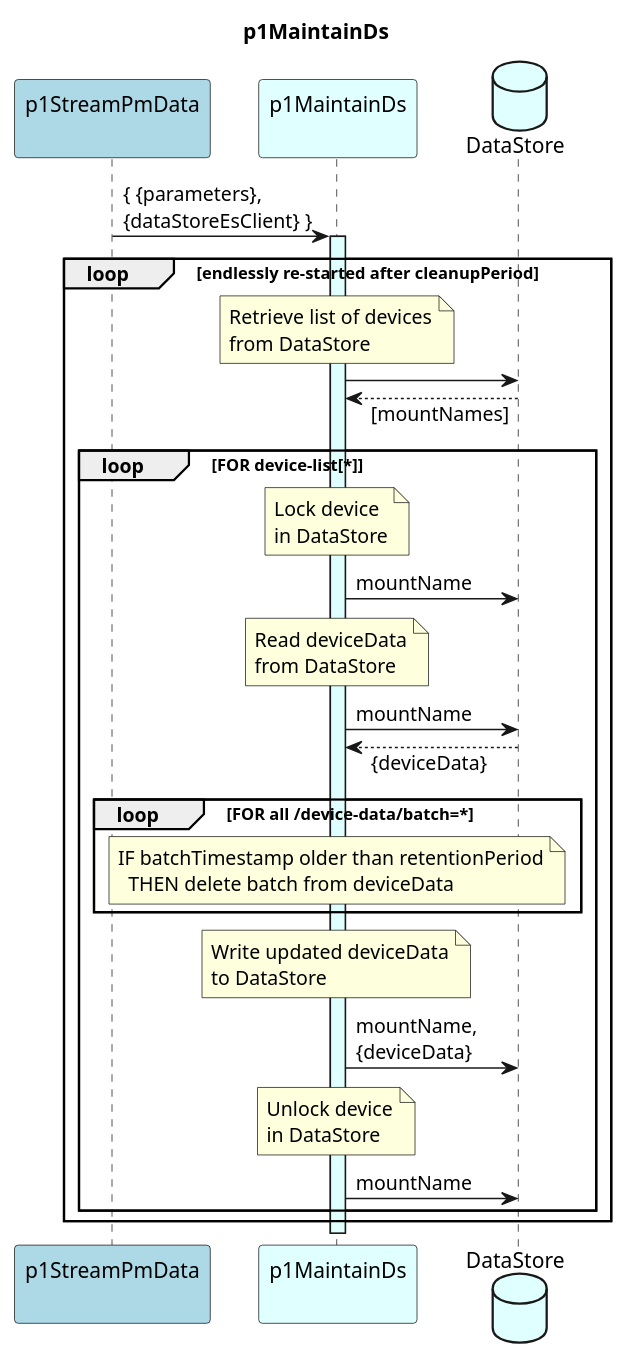
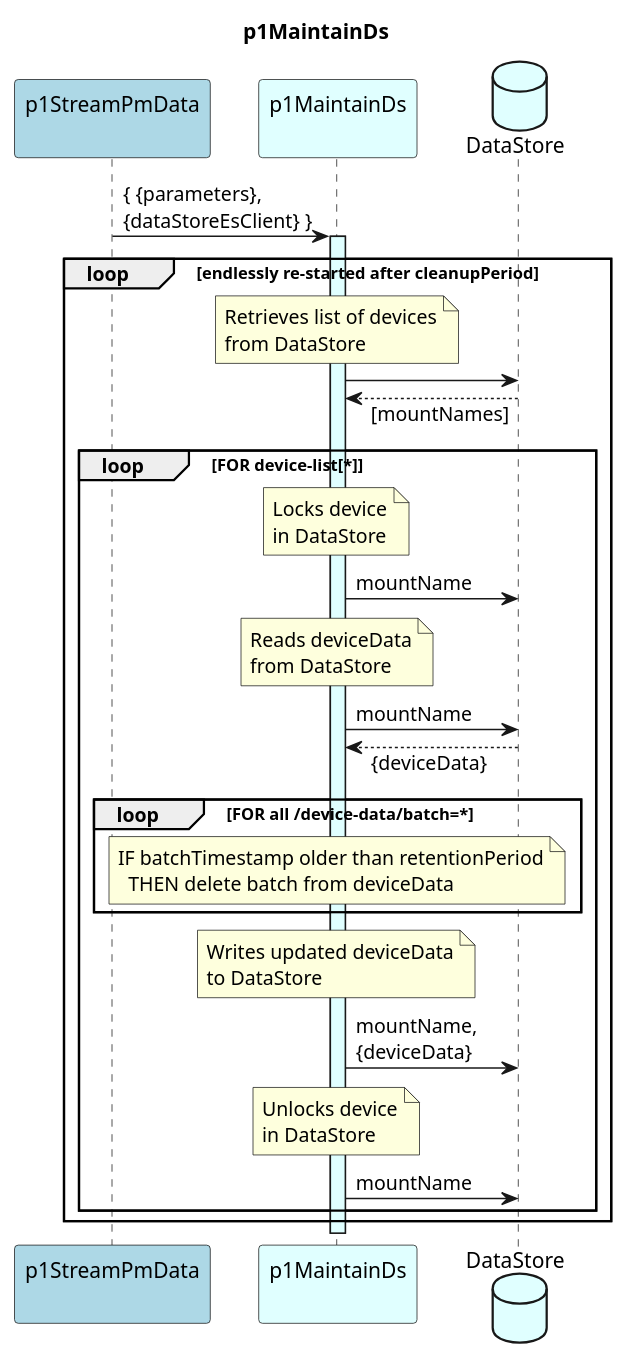
The diagram in spec/Functions/p1StreamPmData/p1MaintainDs/1.0.0/p1MaintainDs.plantuml (openBackhaul/DevicePerformanceManagementDataProcessor), drawn with PlantUML before and after one commit. The commit also changed 49 other files, not shown here.

Commit message:
Harmonize editorial of plantumls

```diff
--- a/spec/Functions/p1StreamPmData/p1MaintainDs/1.0.0/p1MaintainDs.plantuml
+++ b/spec/Functions/p1StreamPmData/p1MaintainDs/1.0.0/p1MaintainDs.plantuml
@@ -1,63 +1,62 @@
 @startuml p1MaintainDs
 skinparam responseMessageBelowArrow true
 
 title
   p1MaintainDs
 end title
 
 participant "p1StreamPmData\n" as requestor #LightBlue
 participant "p1MaintainDs\n" as p1Main #LightCyan
 database "DataStore" as ds #LightCyan
 
 requestor -> p1Main : { {parameters},\n{dataStoreEsClient} }
 activate p1Main #LightCyan
 
   loop endlessly re-started after cleanupPeriod
 
     note over p1Main
-      Retrieve list of devices
+      Retrieves list of devices
       from DataStore
     end note
     p1Main -> ds
     p1Main <-- ds: [mountNames]
 
     loop FOR device-list[*]
 
       note over p1Main
-        Lock device
+        Locks device
         in DataStore
       end note
       p1Main -> ds: mountName
 
       note over p1Main
-        Read deviceData
+        Reads deviceData
         from DataStore
       end note
       p1Main -> ds: mountName
       p1Main <-- ds: {deviceData}
 
       loop FOR all /device-data/batch=*
         note over p1Main
           IF batchTimestamp older than retentionPeriod
             THEN delete batch from deviceData
         end note
       end loop
 
       note over p1Main
-        Write updated deviceData
+        Writes updated deviceData
         to DataStore
       end note
       p1Main -> ds: mountName,\n{deviceData}
 
       note over p1Main
-        Unlock device
+        Unlocks device
         in DataStore
       end note
       p1Main -> ds: mountName
 
     end loop
 
   end loop
 
-
 @enduml
```
